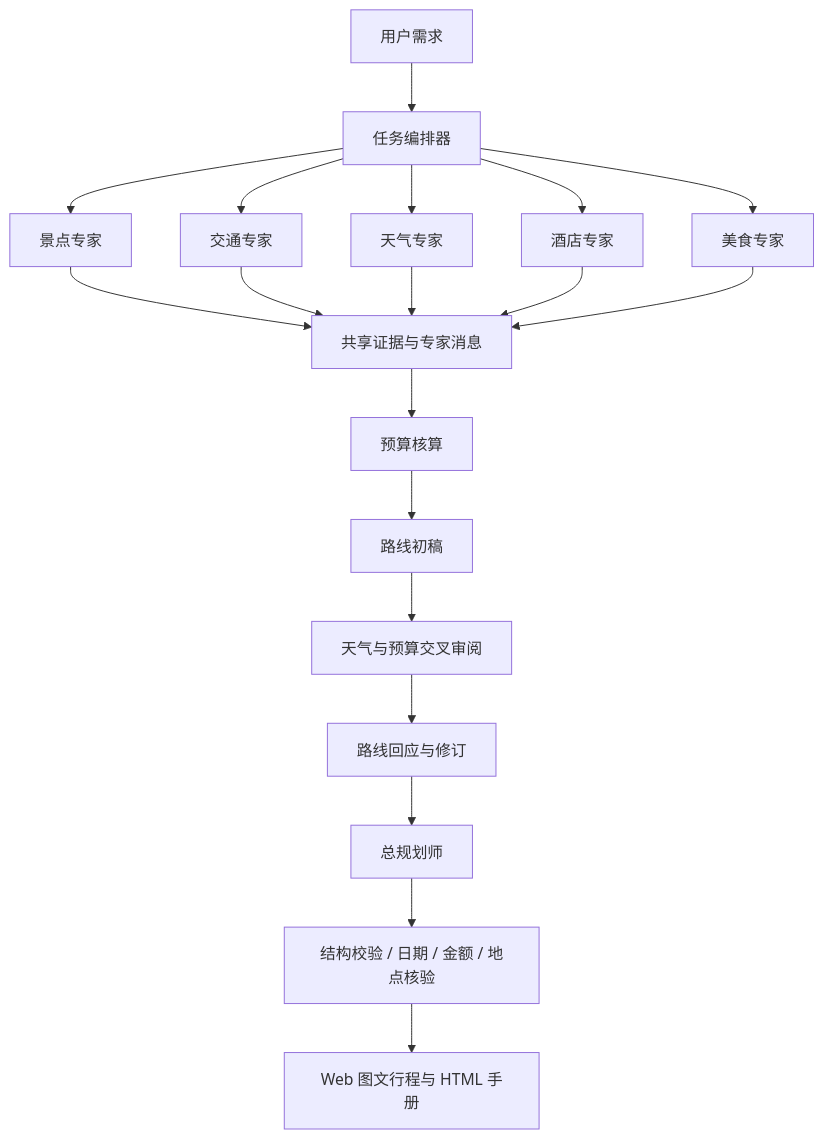
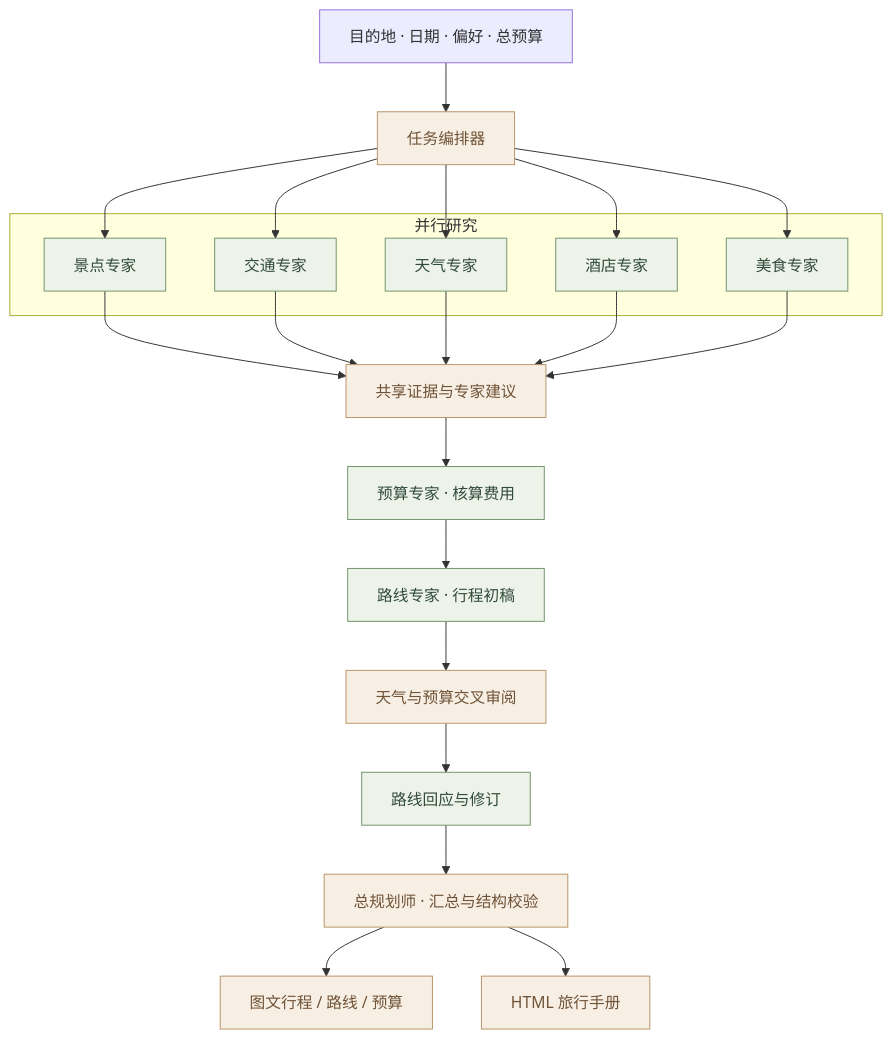
One commit to XiaoyeCodes/roam-travel-agent changed the diagram in README.md. Above: the diagram before and after it, drawn with Mermaid. The commit also changed other lines of this file and 13 other files, not shown here.

````diff
--- a/README.md
+++ b/README.md
@@ -116,17 +123,24 @@
 ```mermaid
 flowchart TD
-  U[用户需求] --> S[任务编排器]
-  S --> A[景点专家]
-  S --> T[交通专家]
-  S --> W[天气专家]
-  S --> H[酒店专家]
-  S --> F[美食专家]
-  A & T & W & H & F --> E[共享证据与专家消息]
-  E --> B[预算核算]
-  B --> R[路线初稿]
-  R --> Q[天气与预算交叉审阅]
-  Q --> R2[路线回应与修订]
-  R2 --> P[总规划师]
-  P --> V[结构校验 / 日期 / 金额 / 地点核验]
-  V --> UI[Web 图文行程与 HTML 手册]
+    U["目的地 · 日期 · 偏好 · 总预算"] --> O["任务编排器"]
+    subgraph Research["并行研究"]
+        A["景点专家"]
+        T["交通专家"]
+        W["天气专家"]
+        H["酒店专家"]
+        F["美食专家"]
+    end
+    O --> A & T & W & H & F
+    A & T & W & H & F --> E["共享证据与专家建议"]
+    E --> B["预算专家 · 核算费用"]
+    B --> R["路线专家 · 行程初稿"]
+    R --> Q["天气与预算交叉审阅"]
+    Q --> R2["路线回应与修订"]
+    R2 --> P["总规划师 · 汇总与结构校验"]
+    P --> WEB["图文行程 / 路线 / 预算"]
+    P --> HTML["HTML 旅行手册"]
+    classDef green fill:#edf3e9,stroke:#72936c,color:#314b3a
+    classDef gold fill:#f7efe4,stroke:#b99468,color:#705337
+    class A,T,W,H,F,B,R,R2 green
+    class O,E,Q,P,WEB,HTML gold
 ```
````
